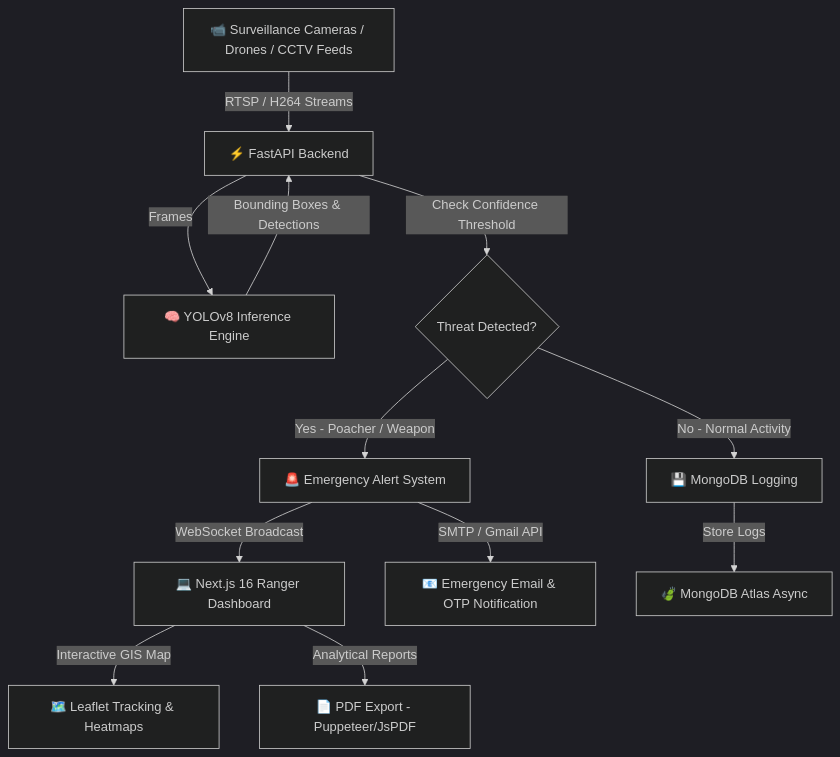
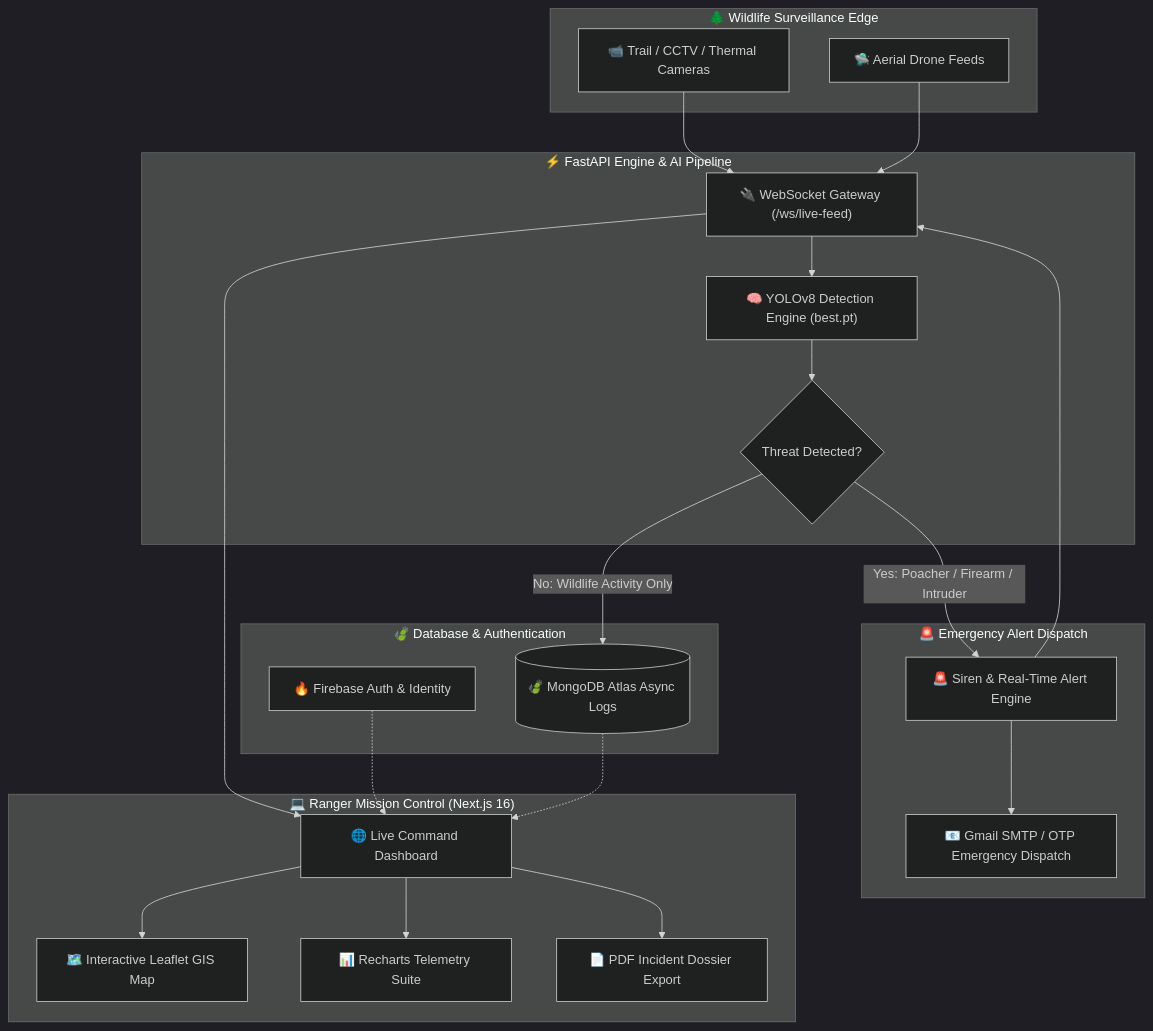
The diagram in the-saviour/README.md (Parthh1002/The-Saviourr), drawn with Mermaid (dark theme) before and after one commit. The commit also changed other lines of this file and 1 other file, not shown here.

Commit message:
docs: enhance README with ultra-premium dynamic animations, live links & architectural diagrams

````diff
--- a/the-saviour/README.md
+++ b/the-saviour/README.md
@@ -124,18 +181,46 @@
 ```mermaid
-graph TD
-    A["📹 Surveillance Cameras / Drones / CCTV Feeds"] -->|"RTSP / H264 Streams"| B["⚡ FastAPI Backend"]
-    B -->|"Frames"| C["🧠 YOLOv8 Inference Engine"]
-    C -->|"Bounding Boxes & Detections"| B
-    
-    B -->|"Check Confidence Threshold"| D{"Threat Detected?"}
-    D -->|"Yes - Poacher / Weapon"| E["🚨 Emergency Alert System"]
-    D -->|"No - Normal Activity"| F["💾 MongoDB Logging"]
-    
-    E -->|"WebSocket Broadcast"| G["💻 Next.js 16 Ranger Dashboard"]
-    E -->|"SMTP / Gmail API"| H["📧 Emergency Email & OTP Notification"]
-    
-    G -->|"Interactive GIS Map"| I["🗺️ Leaflet Tracking & Heatmaps"]
-    G -->|"Analytical Reports"| J["📄 PDF Export - Puppeteer/JsPDF"]
-    
-    F -->|"Store Logs"| K["🍃 MongoDB Atlas Async"]
+flowchart TD
+    subgraph Edge ["🌲 Wildlife Surveillance Edge"]
+        CAM["📹 Trail / CCTV / Thermal Cameras"]
+        DRN["🛸 Aerial Drone Feeds"]
+    end
+
+    subgraph Backend ["⚡ FastAPI Engine & AI Pipeline"]
+        WS["🔌 WebSocket Gateway (/ws/live-feed)"]
+        YOLO["🧠 YOLOv8 Detection Engine (best.pt)"]
+        DECISION{"Threat Detected?"}
+        
+        CAM --> WS
+        DRN --> WS
+        WS --> YOLO
+        YOLO --> DECISION
+    end
+
+    subgraph Persistence ["🍃 Database & Authentication"]
+        MONGO[("🍃 MongoDB Atlas Async Logs")]
+        FIRE["🔥 Firebase Auth & Identity"]
+    end
+
+    subgraph Dispatch ["🚨 Emergency Alert Dispatch"]
+        MAIL["📧 Gmail SMTP / OTP Emergency Dispatch"]
+        ALERT["🚨 Siren & Real-Time Alert Engine"]
+    end
+
+    subgraph Frontend ["💻 Ranger Mission Control (Next.js 16)"]
+        DASH["🌐 Live Command Dashboard"]
+        MAP["🗺️ Interactive Leaflet GIS Map"]
+        ANALYTICS["📊 Recharts Telemetry Suite"]
+        PDF["📄 PDF Incident Dossier Export"]
+    end
+
+    DECISION -->|Yes: Poacher / Firearm / Intruder| ALERT
+    DECISION -->|No: Wildlife Activity Only| MONGO
+    ALERT --> MAIL
+    ALERT --> WS
+    WS --> DASH
+    DASH --> MAP
+    DASH --> ANALYTICS
+    DASH --> PDF
+    FIRE -.-> DASH
+    MONGO -.-> DASH
 ```
````
